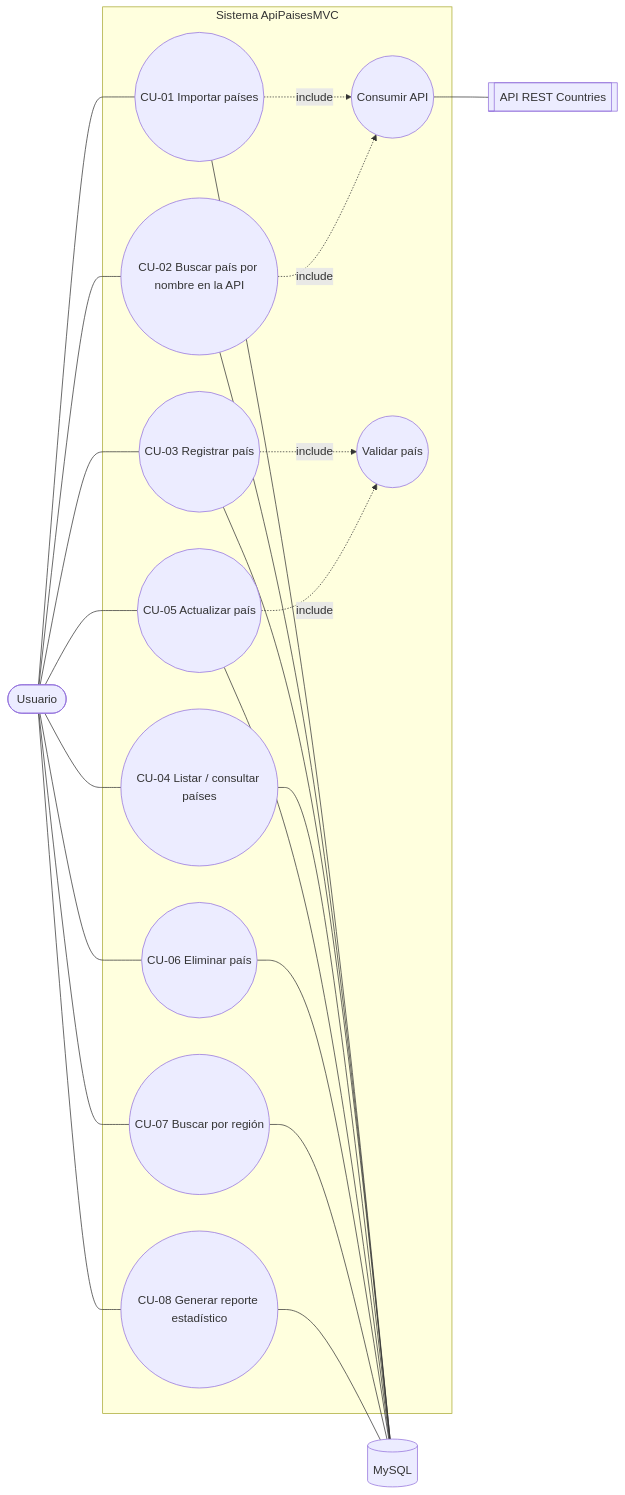
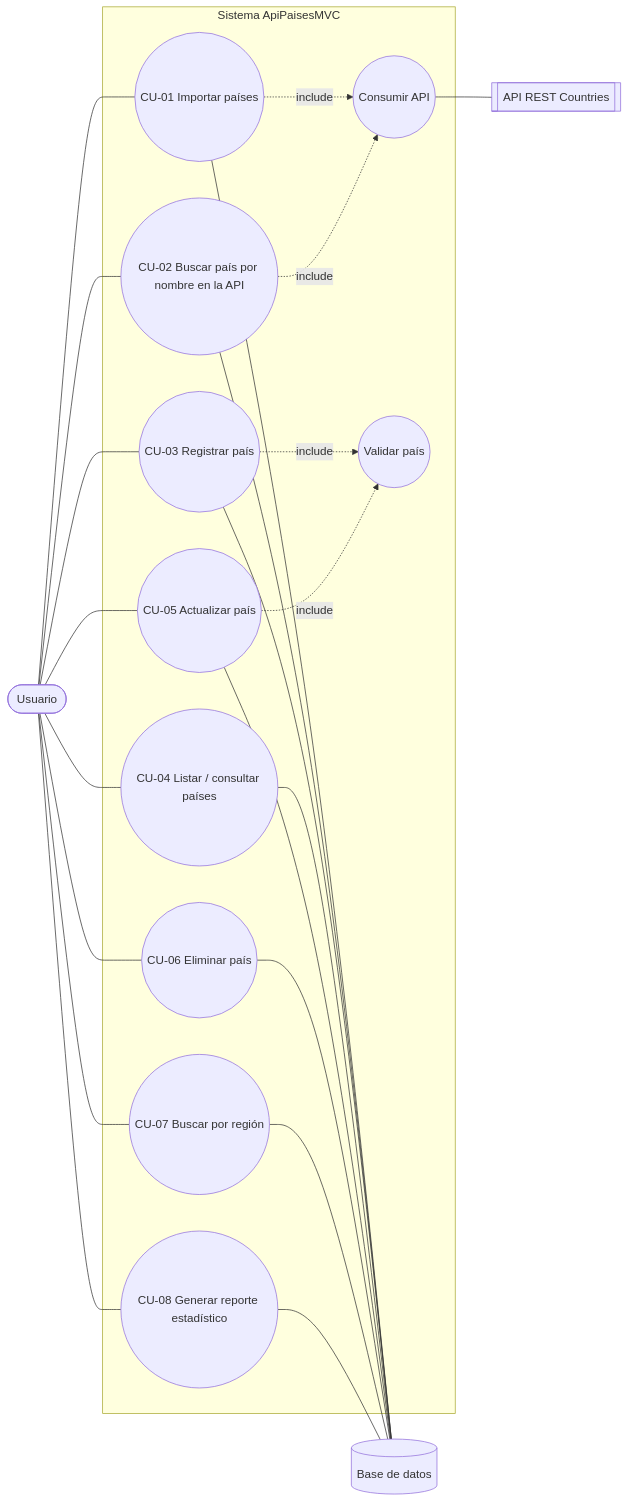
The diagram in PARCIAL2/Taller2_1/docs/casos_de_uso.md (Teo344/Arquitectura_GRUPO03), drawn with Mermaid before and after one commit. The commit also changed other lines of this file and 73 other files, not shown here.

````diff
--- a/PARCIAL2/Taller2_1/docs/casos_de_uso.md
+++ b/PARCIAL2/Taller2_1/docs/casos_de_uso.md
@@ -16,27 +16,27 @@
 ```mermaid
 flowchart LR
     U([Usuario])
     API[[API REST Countries]]
-    BD[(MySQL)]
+    BD[(Base de datos)]
 
     subgraph Sistema ApiPaisesMVC
         CU01((CU-01 Importar países))
         CU02((CU-02 Buscar país por nombre en la API))
         CU03((CU-03 Registrar país))
         CU04((CU-04 Listar / consultar países))
         CU05((CU-05 Actualizar país))
         CU06((CU-06 Eliminar país))
         CU07((CU-07 Buscar por región))
         CU08((CU-08 Generar reporte estadístico))
         INC1((Consumir API))
         INC2((Validar país))
     end
 
     U --- CU01 & CU02 & CU03 & CU04 & CU05 & CU06 & CU07 & CU08
     CU01 -. include .-> INC1
     CU02 -. include .-> INC1
     CU03 -. include .-> INC2
     CU05 -. include .-> INC2
     INC1 --- API
     CU01 & CU02 & CU03 & CU04 & CU05 & CU06 & CU07 & CU08 --- BD
 ```
````
